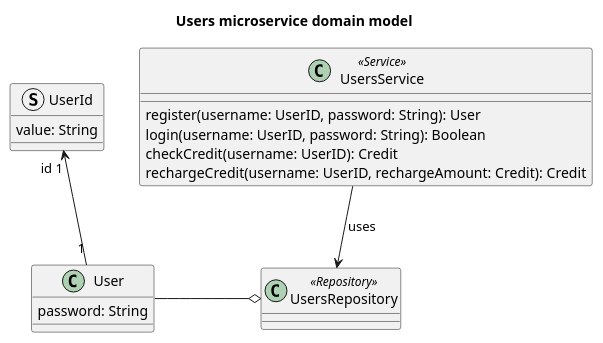
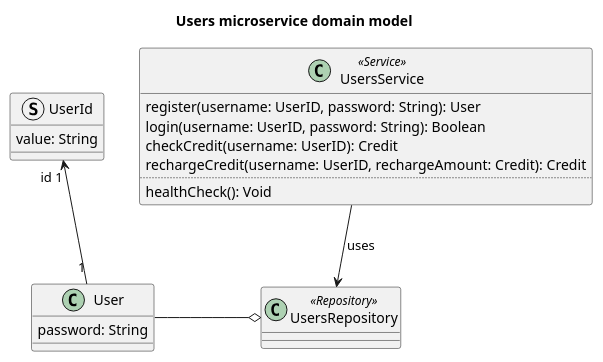
The diagram in doc/diagrams/src/users-microservice-domain-model.puml (Ventus218/SAP-assignment-02), drawn with PlantUML before and after one commit. The commit also changed 11 other files, not shown here.

```diff
--- a/doc/diagrams/src/users-microservice-domain-model.puml
+++ b/doc/diagrams/src/users-microservice-domain-model.puml
@@ -1,25 +1,27 @@
 @startuml users-microservice-domain-model
 
 title Users microservice domain model
 
 class User {
     password: String
 }
 struct UserId {
     value: String
 }
 User "1" -u-> "id 1" UserId
 
 class UsersRepository <<Repository>>
 UsersRepository o-l- User
 
 class UsersService <<Service>> {
     register(username: UserID, password: String): User
     login(username: UserID, password: String): Boolean
     checkCredit(username: UserID): Credit
     rechargeCredit(username: UserID, rechargeAmount: Credit): Credit
+    ..
+    healthCheck(): Void
 }
 
 UsersService --> UsersRepository : "uses"
 
 @enduml
```
